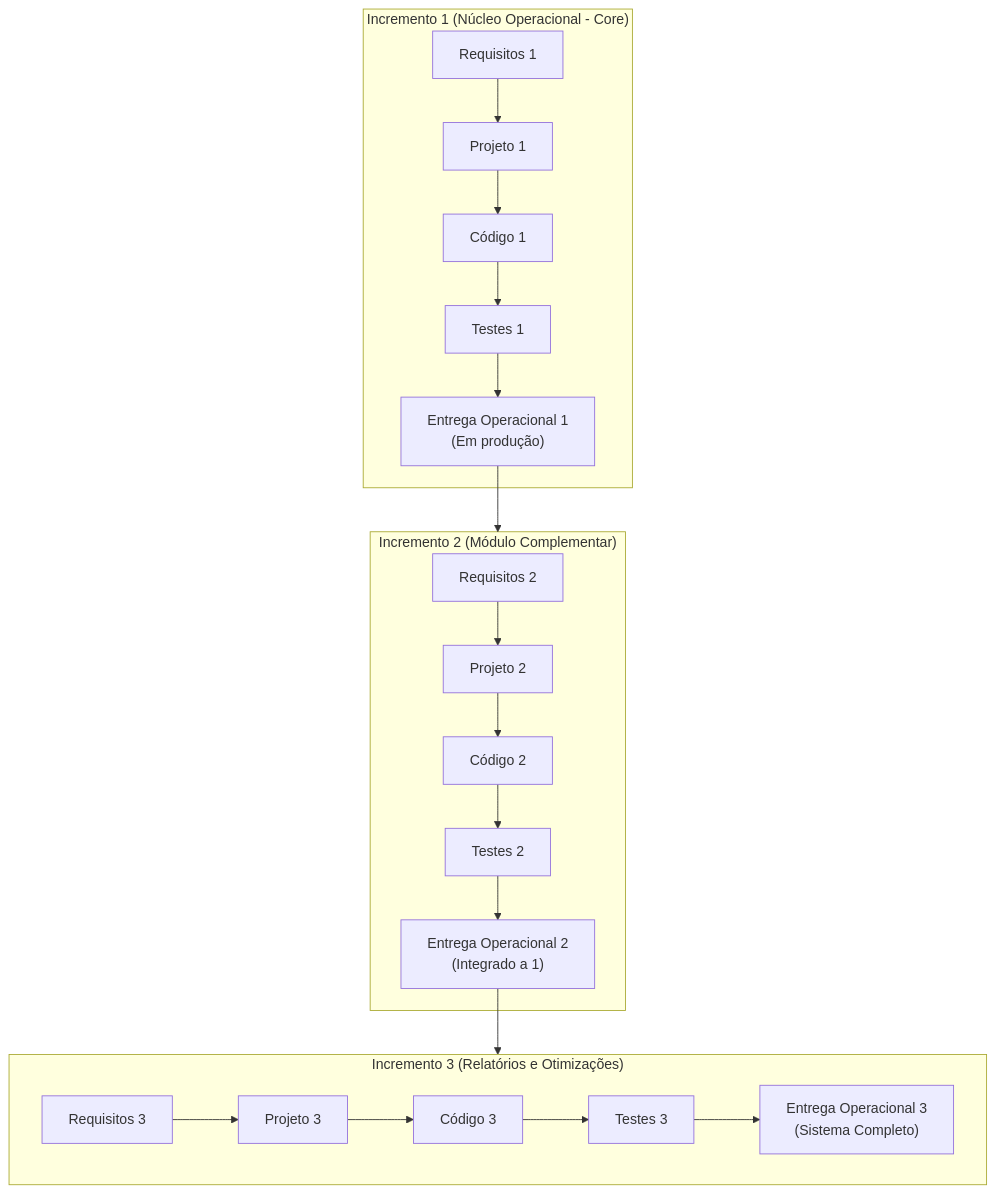
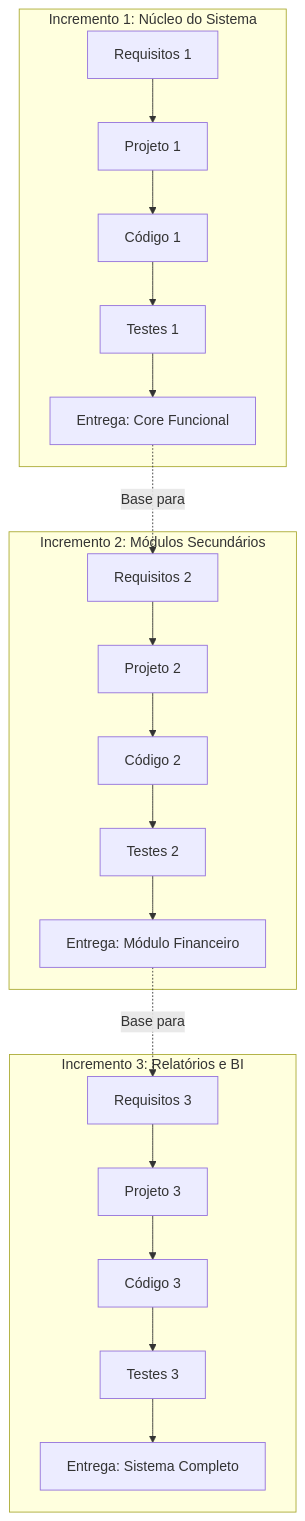
One commit to murilolol/unifef changed the tenth of 35 diagrams in 3º Semestre/[Prof. Marcelo Boer] Engenharia de Software I/Resumos-IA/Simulados-Comentados.md. Above: the diagram before and after it, drawn with Mermaid. The commit also changed other lines of this file and 40 other files, not shown here.

````diff
--- a/3º Semestre/[Prof. Marcelo Boer] Engenharia de Software I/Resumos-IA/Simulados-Comentados.md
+++ b/3º Semestre/[Prof. Marcelo Boer] Engenharia de Software I/Resumos-IA/Simulados-Comentados.md
@@ -277,17 +344,15 @@
 ```mermaid
 flowchart TD
-    subgraph Inc1["Incremento 1 (Núcleo Operacional - Core)"]
-        Req1["Requisitos 1"] --> Proj1["Projeto 1"] --> Cod1["Código 1"] --> Test1["Testes 1"] --> Ent1["Entrega Operacional 1\n(Em produção)"]
+    subgraph Inc1["Incremento 1: Núcleo do Sistema"]
+        R1["Requisitos 1"] --> P1["Projeto 1"] --> C1["Código 1"] --> T1["Testes 1"] --> E1["Entrega: Core Funcional"]
+    end
+    subgraph Inc2["Incremento 2: Módulos Secundários"]
+        R2["Requisitos 2"] --> P2["Projeto 2"] --> C2["Código 2"] --> T2["Testes 2"] --> E2["Entrega: Módulo Financeiro"]
+    end
+    subgraph Inc3["Incremento 3: Relatórios e BI"]
+        R3["Requisitos 3"] --> P3["Projeto 3"] --> C3["Código 3"] --> T3["Testes 3"] --> E3["Entrega: Sistema Completo"]
     end
 
-    subgraph Inc2["Incremento 2 (Módulo Complementar)"]
-        Req2["Requisitos 2"] --> Proj2["Projeto 2"] --> Cod2["Código 2"] --> Test2["Testes 2"] --> Ent2["Entrega Operacional 2\n(Integrado a 1)"]
-    end
-
-    subgraph Inc3["Incremento 3 (Relatórios e Otimizações)"]
-        Req3["Requisitos 3"] --> Proj3["Projeto 3"] --> Cod3["Código 3"] --> Test3["Testes 3"] --> Ent3["Entrega Operacional 3\n(Sistema Completo)"]
-    end
-
-    Ent1 --> Inc2
-    Ent2 --> Inc3
+    E1 -. "Base para" .-> R2
+    E2 -. "Base para" .-> R3
 ```
````
